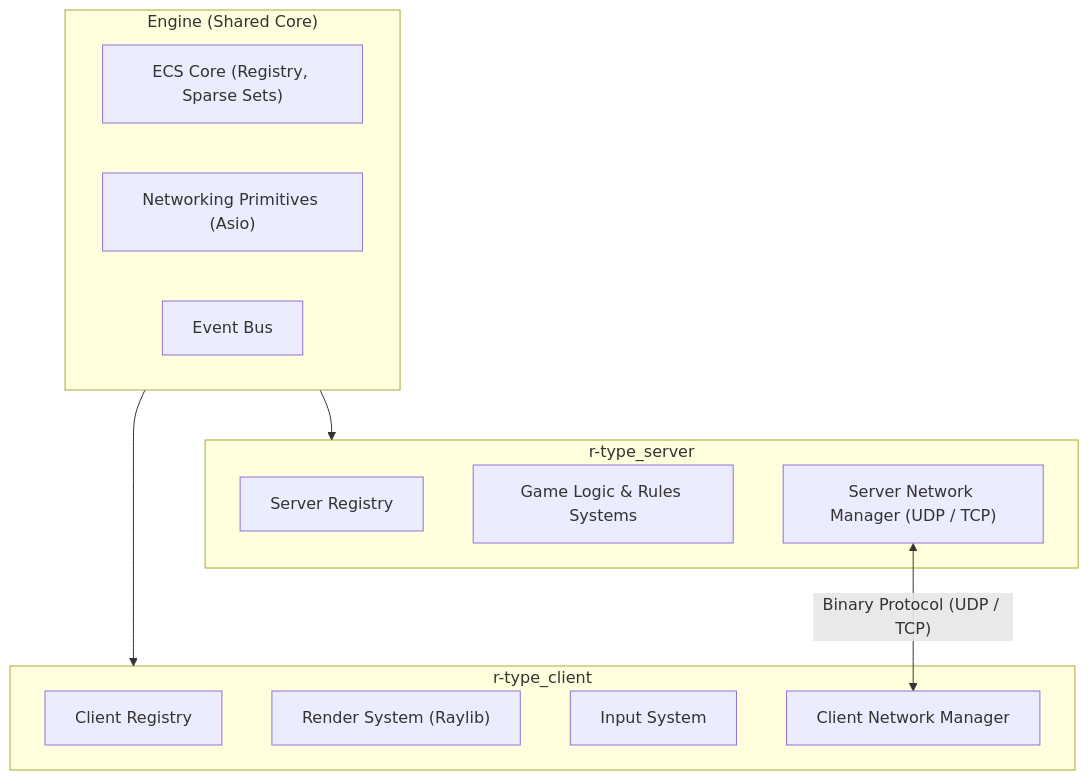
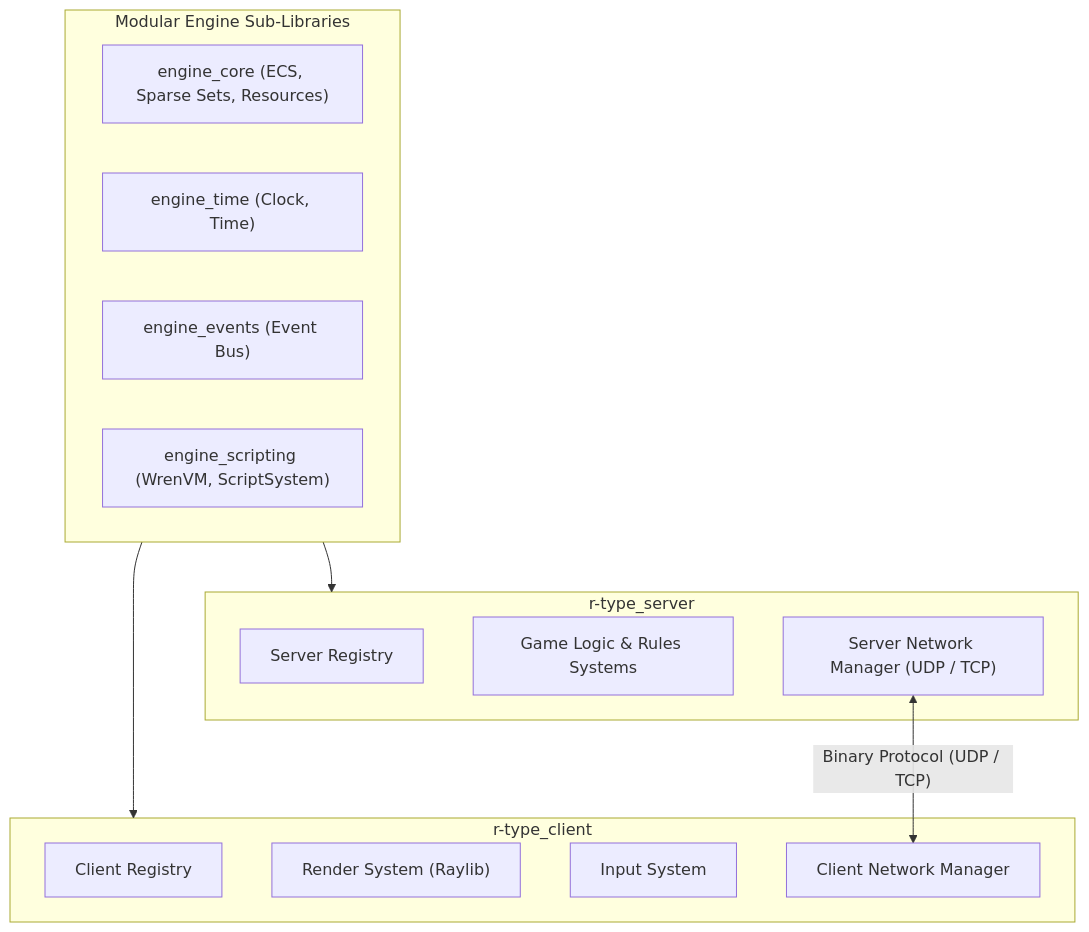
One commit to Matt4401/Mirror-Rtype changed the first of 2 diagrams in docs/architecture/overview.md. Above: the diagram before and after it, drawn with Mermaid. The commit also changed other lines of this file and 4 other files, not shown here.

Commit message:
refactor(build): modularize engine into standalone link-time sub-libraries

````diff
--- a/docs/architecture/overview.md
+++ b/docs/architecture/overview.md
@@ -11,26 +16,27 @@
 ```mermaid
 graph TB
-    subgraph Engine["Engine (Shared Core)"]
-        ECS["ECS Core (Registry, Sparse Sets)"]
-        NetWrapper["Networking Primitives (Asio)"]
-        Events["Event Bus"]
+    subgraph Engine["Modular Engine Sub-Libraries"]
+        Core["engine_core (ECS, Sparse Sets, Resources)"]
+        Time["engine_time (Clock, Time)"]
+        Events["engine_events (Event Bus)"]
+        Scripting["engine_scripting (WrenVM, ScriptSystem)"]
     end
 
     subgraph ServerApp["r-type_server"]
         ServerECS["Server Registry"]
         ServerLogic["Game Logic & Rules Systems"]
         ServerNet["Server Network Manager (UDP / TCP)"]
     end
 
     subgraph ClientApp["r-type_client"]
         ClientECS["Client Registry"]
         Renderer["Render System (Raylib)"]
         Input["Input System"]
         ClientNet["Client Network Manager"]
     end
 
     Engine --> ServerApp
     Engine --> ClientApp
 
     ServerNet <-->|"Binary Protocol (UDP / TCP)"| ClientNet
 ```
````
